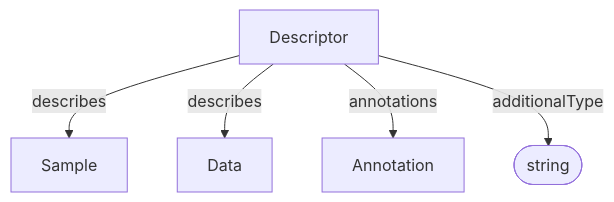
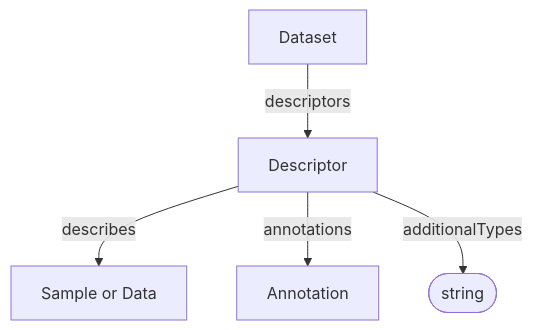
Before and after one commit to HLWeil/ARC-base-model: the diagram in docs/spec/semantic_designation/Descriptor.md, drawn with Mermaid. The commit also changed other lines of this file and 1 other file, not shown here.

Commit message:
docs: clarify descriptor cardinalities and relationships

````diff
--- a/docs/spec/semantic_designation/Descriptor.md
+++ b/docs/spec/semantic_designation/Descriptor.md
@@ -27,9 +28,10 @@
 ```mermaid
 flowchart TD
-    additionalType@{ shape: stadium, label: "string" }
+    additionalTypes@{ shape: stadium, label: "string" }
+    target["Sample or Data"]
 
-    Descriptor --describes--> Sample
-    Descriptor --describes--> Data
+    Dataset --descriptors--> Descriptor
+    Descriptor --describes--> target
     Descriptor --annotations--> Annotation
-    Descriptor --additionalType--> additionalType
+    Descriptor --additionalTypes--> additionalTypes
 ```
````
